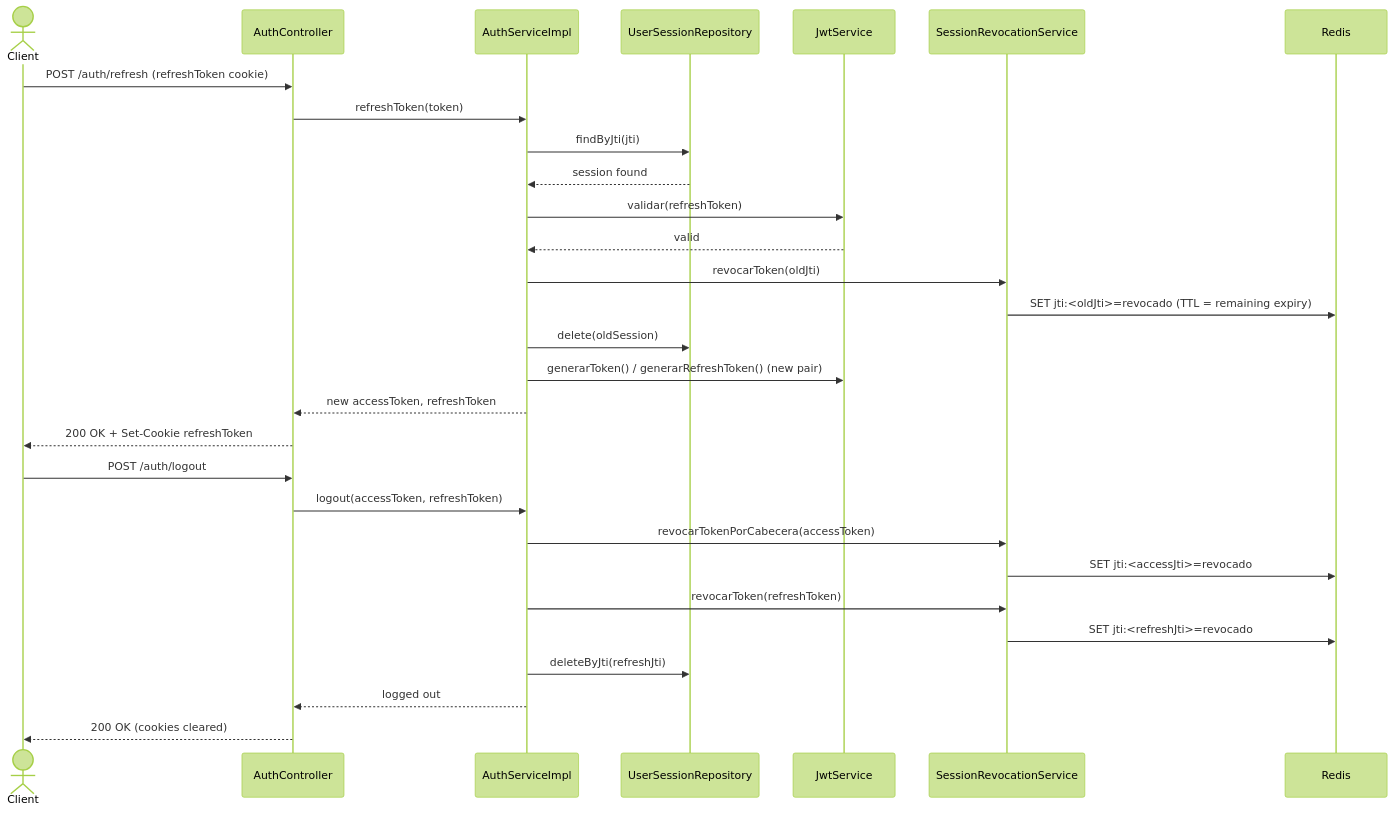
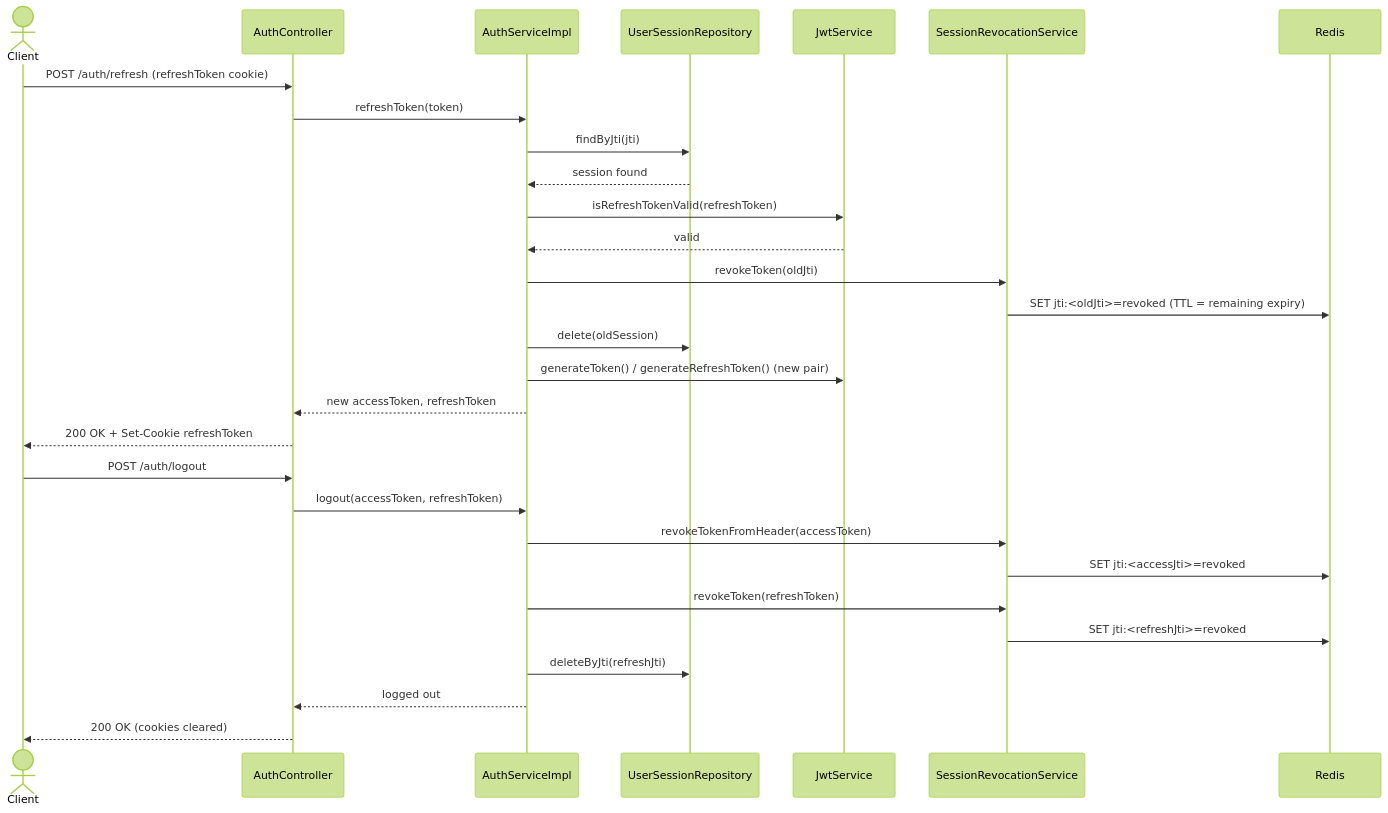
One commit to JohanCarvajal04/Proyecto-WEB-ARTISYNC changed the fourth of 4 diagrams in docs/diagramas/Secuencia_Login_JWT.md. Above: the diagram before and after it, drawn with Mermaid (forest theme). The commit also changed other lines of this file and 7 other files, not shown here.

First line of the commit message:
docs(diagramas): traducir a ingles ER, secuencia login, C4 y clases (E3)

````diff
--- a/docs/diagramas/Secuencia_Login_JWT.md
+++ b/docs/diagramas/Secuencia_Login_JWT.md
@@ -201,33 +201,33 @@
 ```mermaid
 sequenceDiagram
     actor Client
     participant AuthCtrl as AuthController
     participant AuthSvc as AuthServiceImpl
     participant SessionRepo as UserSessionRepository
     participant JwtSvc as JwtService
     participant Revoke as SessionRevocationService
     participant Redis
 
     Client->>AuthCtrl: POST /auth/refresh (refreshToken cookie)
     AuthCtrl->>AuthSvc: refreshToken(token)
     AuthSvc->>SessionRepo: findByJti(jti)
     SessionRepo-->>AuthSvc: session found
-    AuthSvc->>JwtSvc: validar(refreshToken)
+    AuthSvc->>JwtSvc: isRefreshTokenValid(refreshToken)
     JwtSvc-->>AuthSvc: valid
-    AuthSvc->>Revoke: revocarToken(oldJti)
-    Revoke->>Redis: SET jti:<oldJti>=revocado (TTL = remaining expiry)
+    AuthSvc->>Revoke: revokeToken(oldJti)
+    Revoke->>Redis: SET jti:<oldJti>=revoked (TTL = remaining expiry)
     AuthSvc->>SessionRepo: delete(oldSession)
-    AuthSvc->>JwtSvc: generarToken() / generarRefreshToken() (new pair)
+    AuthSvc->>JwtSvc: generateToken() / generateRefreshToken() (new pair)
     AuthSvc-->>AuthCtrl: new accessToken, refreshToken
     AuthCtrl-->>Client: 200 OK + Set-Cookie refreshToken
 
     Client->>AuthCtrl: POST /auth/logout
     AuthCtrl->>AuthSvc: logout(accessToken, refreshToken)
-    AuthSvc->>Revoke: revocarTokenPorCabecera(accessToken)
-    Revoke->>Redis: SET jti:<accessJti>=revocado
-    AuthSvc->>Revoke: revocarToken(refreshToken)
-    Revoke->>Redis: SET jti:<refreshJti>=revocado
+    AuthSvc->>Revoke: revokeTokenFromHeader(accessToken)
+    Revoke->>Redis: SET jti:<accessJti>=revoked
+    AuthSvc->>Revoke: revokeToken(refreshToken)
+    Revoke->>Redis: SET jti:<refreshJti>=revoked
     AuthSvc->>SessionRepo: deleteByJti(refreshJti)
     AuthSvc-->>AuthCtrl: logged out
     AuthCtrl-->>Client: 200 OK (cookies cleared)
 ```
````
